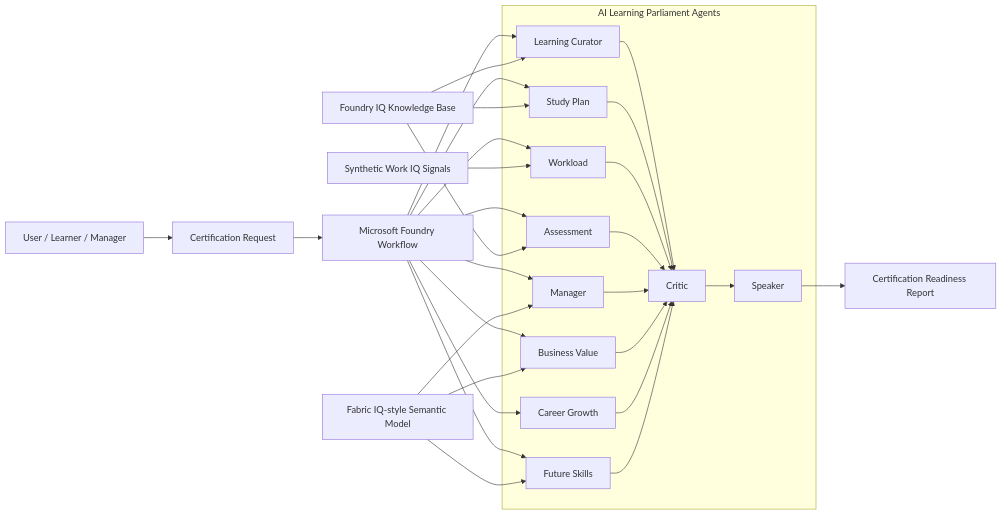
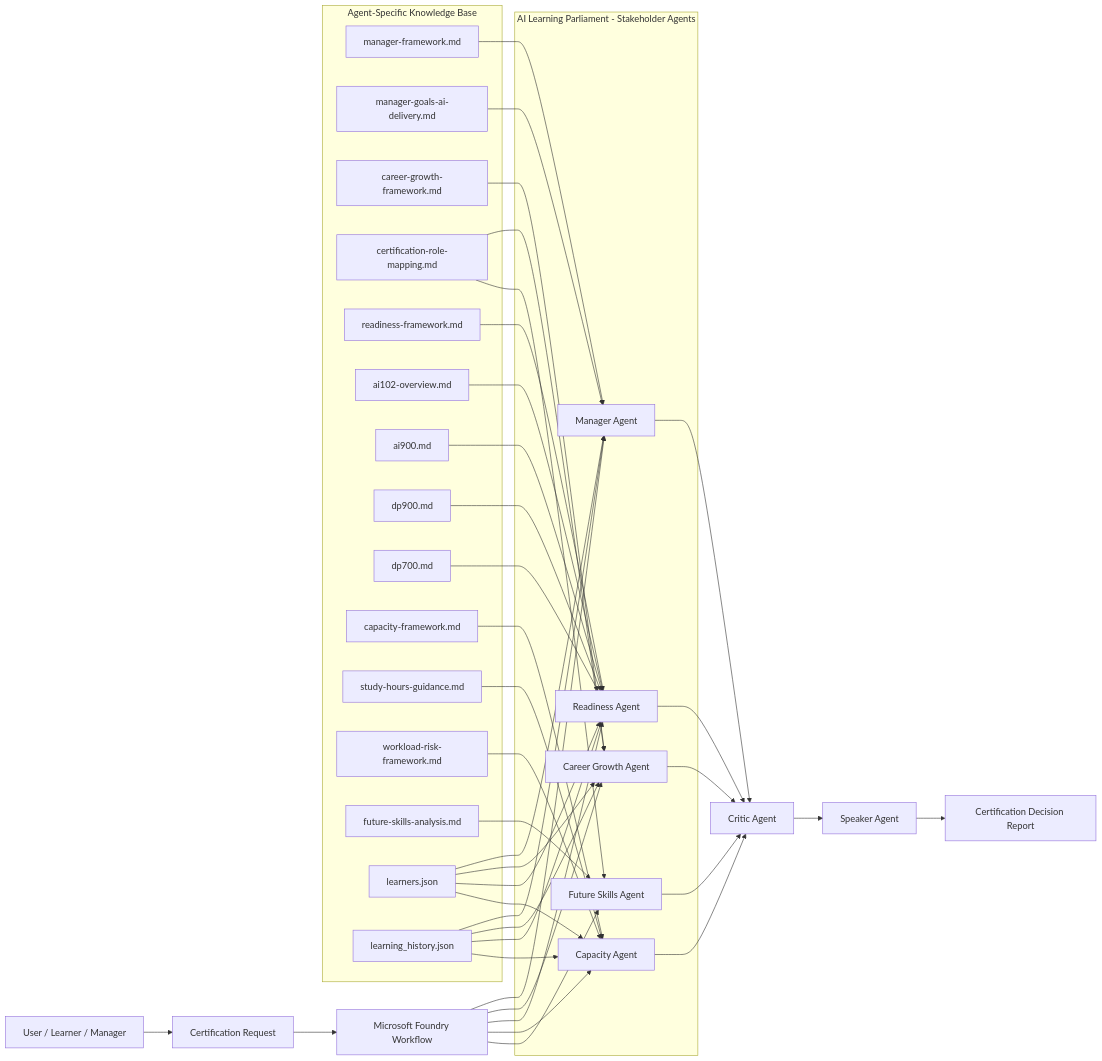
Before and after one commit to andrehcrodrigues-tech/AI-Learning-Parliament: the diagram in architecture/solution-architecture.md, drawn with Mermaid.

Commit message:
solution-architecture

````diff
--- a/architecture/solution-architecture.md
+++ b/architecture/solution-architecture.md
@@ -3,48 +3,78 @@
 ```mermaid
 flowchart LR
     U[User / Learner / Manager] --> P[Certification Request]
     P --> WF[Microsoft Foundry Workflow]
 
-    subgraph Agents[AI Learning Parliament Agents]
-        LC[Learning Curator]
-        SP[Study Plan]
-        WL[Workload]
-        AS[Assessment]
-        MA[Manager]
-        BV[Business Value]
-        CG[Career Growth]
-        FS[Future Skills]
-        CR[Critic]
-        SK[Speaker]
+    subgraph Agents[AI Learning Parliament - Stakeholder Agents]
+        MA[Manager Agent]
+        CG[Career Growth Agent]
+        RA[Readiness Agent]
+        CA[Capacity Agent]
+        FS[Future Skills Agent]
     end
 
-    WF --> LC
-    WF --> SP
-    WF --> WL
-    WF --> AS
     WF --> MA
-    WF --> BV
     WF --> CG
+    WF --> RA
+    WF --> CA
     WF --> FS
 
-    LC --> CR
-    SP --> CR
-    WL --> CR
-    AS --> CR
-    MA --> CR
-    BV --> CR
+    MA --> CR[Critic Agent]
     CG --> CR
+    RA --> CR
+    CA --> CR
     FS --> CR
 
-    CR --> SK
-    SK --> OUT[Certification Readiness Report]
+    CR --> SP[Speaker Agent]
+    SP --> OUT[Certification Decision Report]
 
-    FIQ[Foundry IQ Knowledge Base] --> LC
-    FIQ --> AS
-    FIQ --> SP
+    subgraph KB[Agent-Specific Knowledge Base]
+        MF[manager-framework.md]
+        MG[manager-goals-ai-delivery.md]
 
-    WIQ[Synthetic Work IQ Signals] --> WL
-    FAB[Fabric IQ-style Semantic Model] --> MA
-    FAB --> BV
-    FAB --> FS
+        CF[career-growth-framework.md]
+        RM[certification-role-mapping.md]
+
+        RF[readiness-framework.md]
+        AI[ai102-overview.md]
+        A900[ai900.md]
+        DP900[dp900.md]
+        DP700[dp700.md]
+
+        CPF[capacity-framework.md]
+        SH[study-hours-guidance.md]
+        WR[workload-risk-framework.md]
+
+        FSF[future-skills-analysis.md]
+
+        LJ[learners.json]
+        LH[learning_history.json]
+    end
+
+    MF --> MA
+    MG --> MA
+    LJ --> MA
+    LH --> MA
+
+    CF --> CG
+    RM --> CG
+    LJ --> CG
+    LH --> CG
+
+    RF --> RA
+    AI --> RA
+    A900 --> RA
+    DP900 --> RA
+    DP700 --> RA
+    LJ --> RA
+    LH --> RA
+
+    CPF --> CA
+    SH --> CA
+    WR --> CA
+    LJ --> CA
+    LH --> CA
+
+    FSF --> FS
+    RM --> FS
 ```
````
